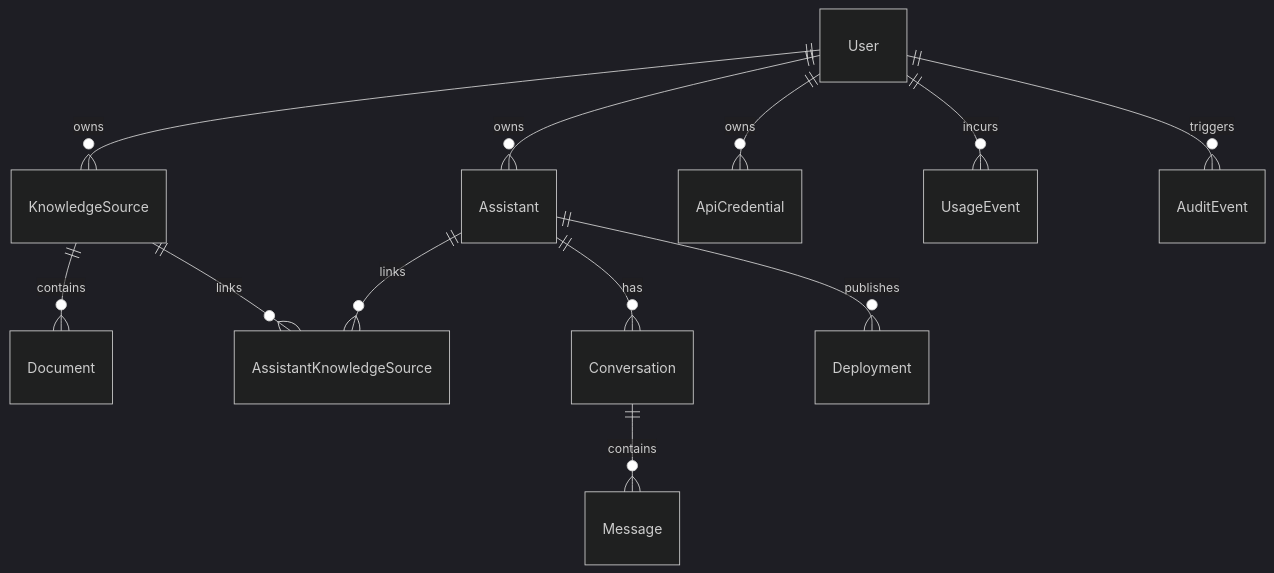
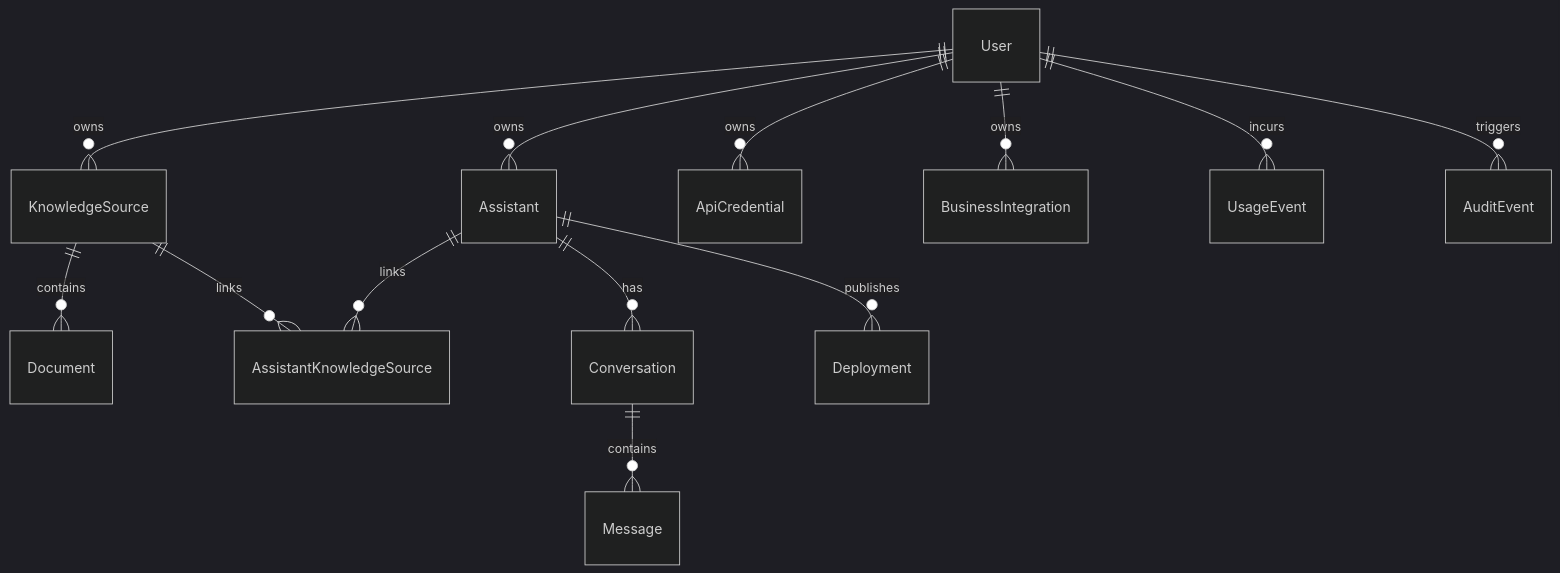
The diagram in docs/DOMAIN_MODEL.md (ansarialireza/weirwise-rag-platform), drawn with Mermaid (dark theme) before and after one commit. The commit also changed other lines of this file and 36 other files, not shown here.

First line of the commit message:
feat(integrations): support user-owned connection identities and add architecture audit docs

````diff
--- a/docs/DOMAIN_MODEL.md
+++ b/docs/DOMAIN_MODEL.md
@@ -8,14 +8,15 @@
 ```mermaid
 erDiagram
     User ||--o{ KnowledgeSource : owns
     KnowledgeSource ||--o{ Document : contains
     User ||--o{ Assistant : owns
     Assistant ||--o{ AssistantKnowledgeSource : links
     KnowledgeSource ||--o{ AssistantKnowledgeSource : links
     Assistant ||--o{ Conversation : has
     Conversation ||--o{ Message : contains
     Assistant ||--o{ Deployment : publishes
     User ||--o{ ApiCredential : owns
+    User ||--o{ BusinessIntegration : owns
     User ||--o{ UsageEvent : incurs
     User ||--o{ AuditEvent : triggers
 ```
````
